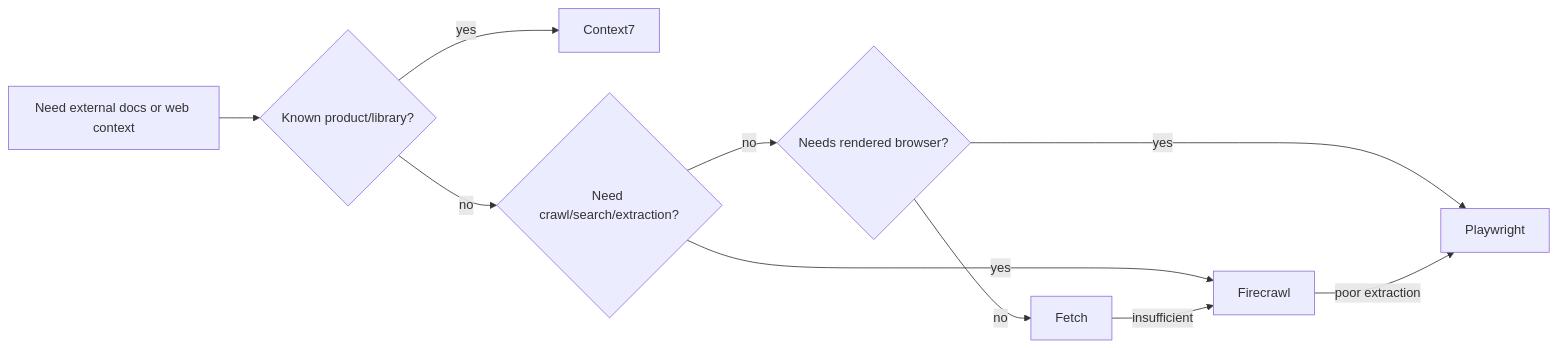
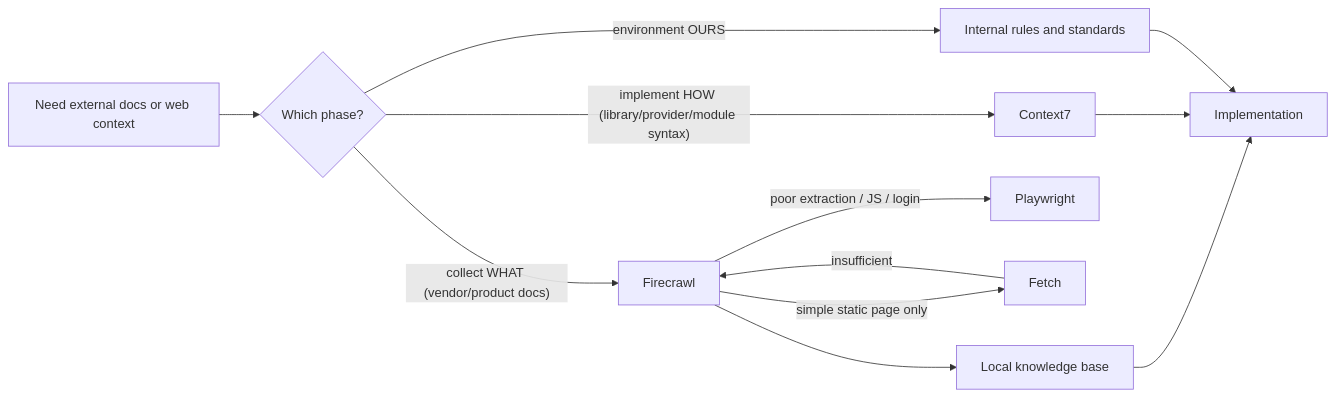
One commit to doesitscript/dotfile-vnext changed the third of 4 diagrams in docs/codex_framework/mcp-research-collection-stack.md. Above: the diagram before and after it, drawn with Mermaid. The commit also changed other lines of this file and 7 other files, not shown here.

````diff
--- a/docs/codex_framework/mcp-research-collection-stack.md
+++ b/docs/codex_framework/mcp-research-collection-stack.md
@@ -283,12 +351,14 @@
 ```mermaid
 flowchart LR
-  need["Need external docs or web context"] --> known{"Known product/library?"}
-  known -- yes --> context7["Context7"]
-  known -- no --> docs{"Need crawl/search/extraction?"}
-  docs -- yes --> firecrawl["Firecrawl"]
-  docs -- no --> browser{"Needs rendered browser?"}
-  browser -- yes --> playwright["Playwright"]
-  browser -- no --> fetch["Fetch"]
-  firecrawl -- poor extraction --> playwright
+  need["Need external docs or web context"] --> phase{"Which phase?"}
+  phase -- "collect WHAT (vendor/product docs)" --> firecrawl["Firecrawl"]
+  phase -- "implement HOW (library/provider/module syntax)" --> context7["Context7"]
+  phase -- "environment OURS" --> internal["Internal rules and standards"]
+  firecrawl -- "poor extraction / JS / login" --> playwright["Playwright"]
+  firecrawl -- "simple static page only" --> fetch["Fetch"]
   fetch -- insufficient --> firecrawl
+  firecrawl --> kb["Local knowledge base"]
+  kb --> impl["Implementation"]
+  context7 --> impl
+  internal --> impl
 ```
````
